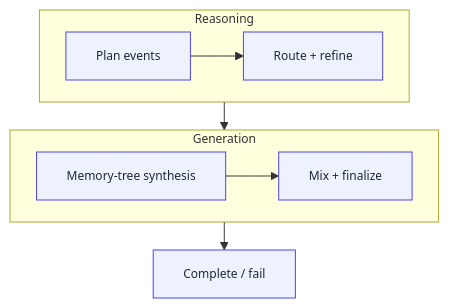
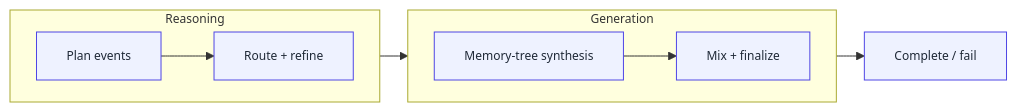
One commit to Simon-leong/DubMaster changed the second of 3 diagrams in report.md. Above: the diagram before and after it, drawn with Mermaid. The commit also changed other lines of this file and 1 other file, not shown here.

````diff
--- a/report.md
+++ b/report.md
@@ -208,19 +208,19 @@
 ```mermaid
 %%{init: {"flowchart": {"curve": "basis", "nodeSpacing": 24, "rankSpacing": 28}, "themeVariables": {"fontSize": "12px"}} }%%
-flowchart TB
+flowchart LR
     subgraph ROW1[Reasoning]
         direction LR
         P[Plan events] --> R[Route + refine]
     end
 
     subgraph ROW2[Generation]
         direction LR
         S[Memory-tree synthesis] --> M[Mix + finalize]
     end
 
     R --> S
     M --> C[Complete / fail]
 
     classDef stage fill:#eef2ff,stroke:#4f46e5,color:#1f2937;
     class P,R,S,M,C stage;
 ```
````
